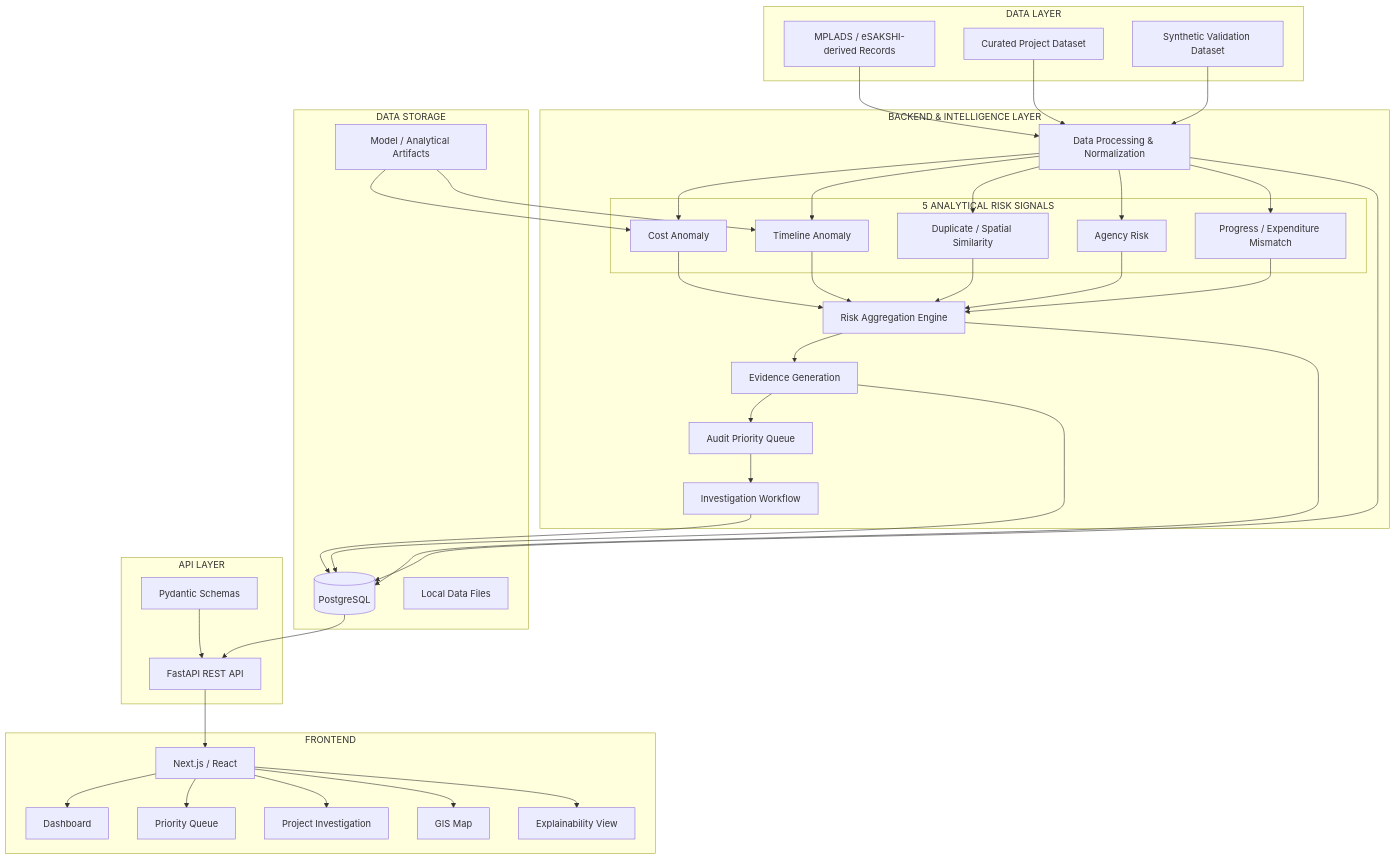
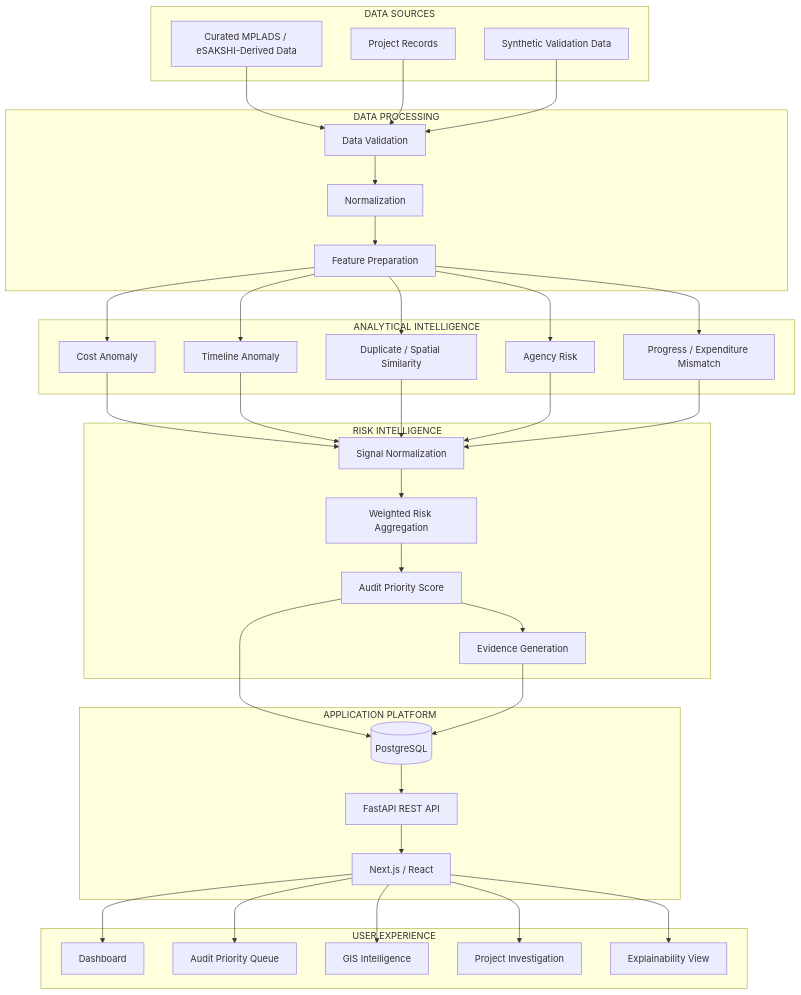
The second of 32 diagrams in README.md (the-nidhi-bhat/mplads-sentinel), drawn with Mermaid before and after one commit. The commit also changed other lines of this file, not shown here.

````diff
--- a/README.md
+++ b/README.md
@@ -538,85 +85,79 @@
 ```mermaid
 flowchart TB
 
-    subgraph DATA["DATA LAYER"]
-        D1[MPLADS / eSAKSHI-derived Records]
-        D2[Curated Project Dataset]
-        D3[Synthetic Validation Dataset]
+    subgraph DATA["DATA SOURCES"]
+        D1["Curated MPLADS / eSAKSHI-Derived Data"]
+        D2["Project Records"]
+        D3["Synthetic Validation Data"]
     end
 
-    subgraph BACKEND["BACKEND & INTELLIGENCE LAYER"]
-        P[Data Processing & Normalization]
-
-        subgraph SIGNALS["5 ANALYTICAL RISK SIGNALS"]
-            S1[Cost Anomaly]
-            S2[Timeline Anomaly]
-            S3[Duplicate / Spatial Similarity]
-            S4[Agency Risk]
-            S5[Progress / Expenditure Mismatch]
-        end
-
-        R[Risk Aggregation Engine]
-        E[Evidence Generation]
-        Q[Audit Priority Queue]
-        I[Investigation Workflow]
+    subgraph PROCESS["DATA PROCESSING"]
+        P1["Data Validation"]
+        P2["Normalization"]
+        P3["Feature Preparation"]
     end
 
-    subgraph DATABASE["DATA STORAGE"]
-        DB[(PostgreSQL)]
-        ART[Model / Analytical Artifacts]
-        FILES[Local Data Files]
+    subgraph ANALYTICS["ANALYTICAL INTELLIGENCE"]
+        A1["Cost Anomaly"]
+        A2["Timeline Anomaly"]
+        A3["Duplicate / Spatial Similarity"]
+        A4["Agency Risk"]
+        A5["Progress / Expenditure Mismatch"]
     end
 
-    subgraph API["API LAYER"]
-        API1[FastAPI REST API]
-        API2[Pydantic Schemas]
+    subgraph RISK["RISK INTELLIGENCE"]
+        R1["Signal Normalization"]
+        R2["Weighted Risk Aggregation"]
+        R3["Audit Priority Score"]
+        R4["Evidence Generation"]
     end
 
-    subgraph FRONTEND["FRONTEND"]
-        UI[Next.js / React]
-        DASH[Dashboard]
-        QUEUE[Priority Queue]
-        PROJECT[Project Investigation]
-        MAP[GIS Map]
-        EXPLAIN[Explainability View]
+    subgraph PLATFORM["APPLICATION PLATFORM"]
+        API["FastAPI REST API"]
+        DB[("PostgreSQL")]
+        WEB["Next.js / React"]
     end
 
-    D1 --> P
-    D2 --> P
-    D3 --> P
+    subgraph EXPERIENCE["USER EXPERIENCE"]
+        DASH["Dashboard"]
+        QUEUE["Audit Priority Queue"]
+        MAP["GIS Intelligence"]
+        PROJECT["Project Investigation"]
+        EXPLAIN["Explainability View"]
+    end
 
-    P --> S1
-    P --> S2
-    P --> S3
-    P --> S4
-    P --> S5
+    D1 --> P1
+    D2 --> P1
+    D3 --> P1
 
-    S1 --> R
-    S2 --> R
-    S3 --> R
-    S4 --> R
-    S5 --> R
+    P1 --> P2
+    P2 --> P3
 
-    R --> E
-    E --> Q
-    Q --> I
+    P3 --> A1
+    P3 --> A2
+    P3 --> A3
+    P3 --> A4
+    P3 --> A5
 
-    P --> DB
-    R --> DB
-    E --> DB
-    I --> DB
+    A1 --> R1
+    A2 --> R1
+    A3 --> R1
+    A4 --> R1
+    A5 --> R1
 
-    ART --> S1
-    ART --> S2
+    R1 --> R2
+    R2 --> R3
+    R3 --> R4
 
-    DB --> API1
-    API2 --> API1
+    R3 --> DB
+    R4 --> DB
 
-    API1 --> UI
+    DB --> API
+    API --> WEB
 
-    UI --> DASH
-    UI --> QUEUE
-    UI --> PROJECT
-    UI --> MAP
-    UI --> EXPLAIN
+    WEB --> DASH
+    WEB --> QUEUE
+    WEB --> MAP
+    WEB --> PROJECT
+    WEB --> EXPLAIN
 ```
````
